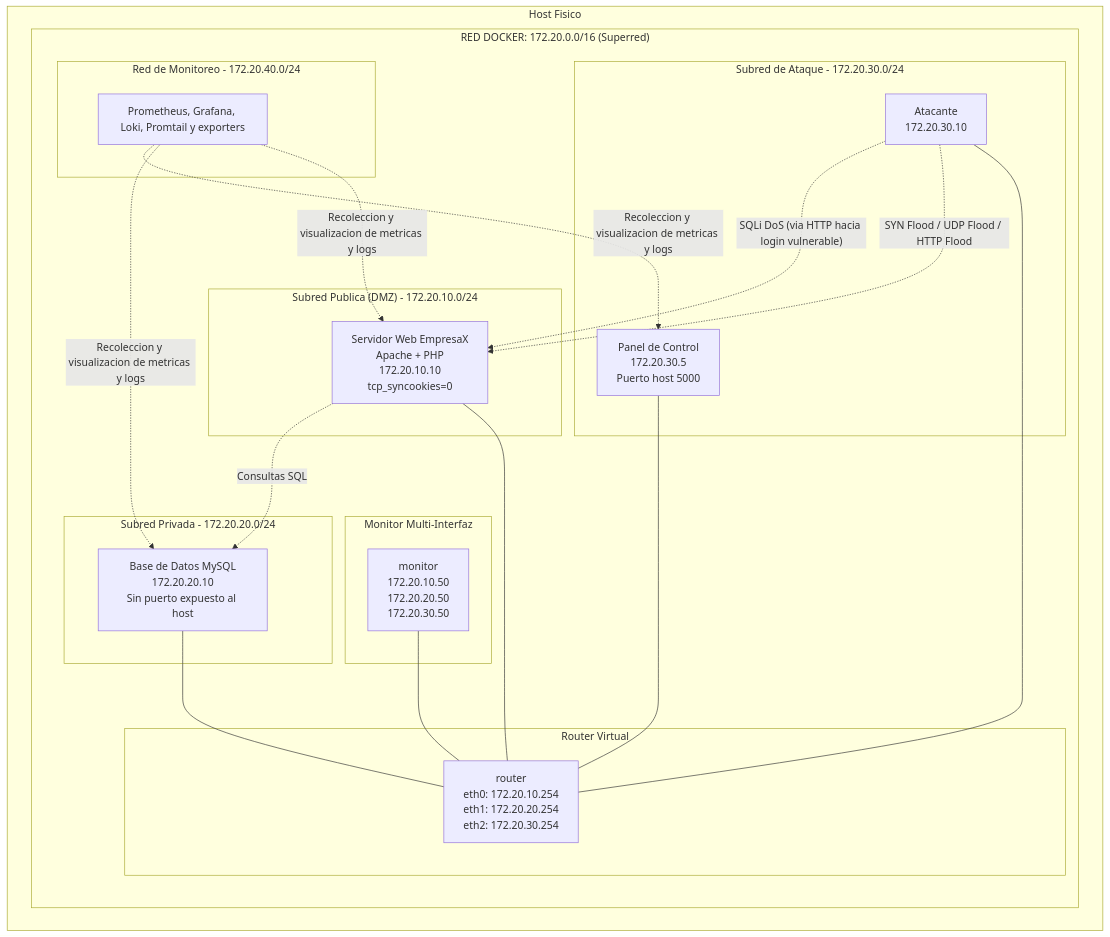
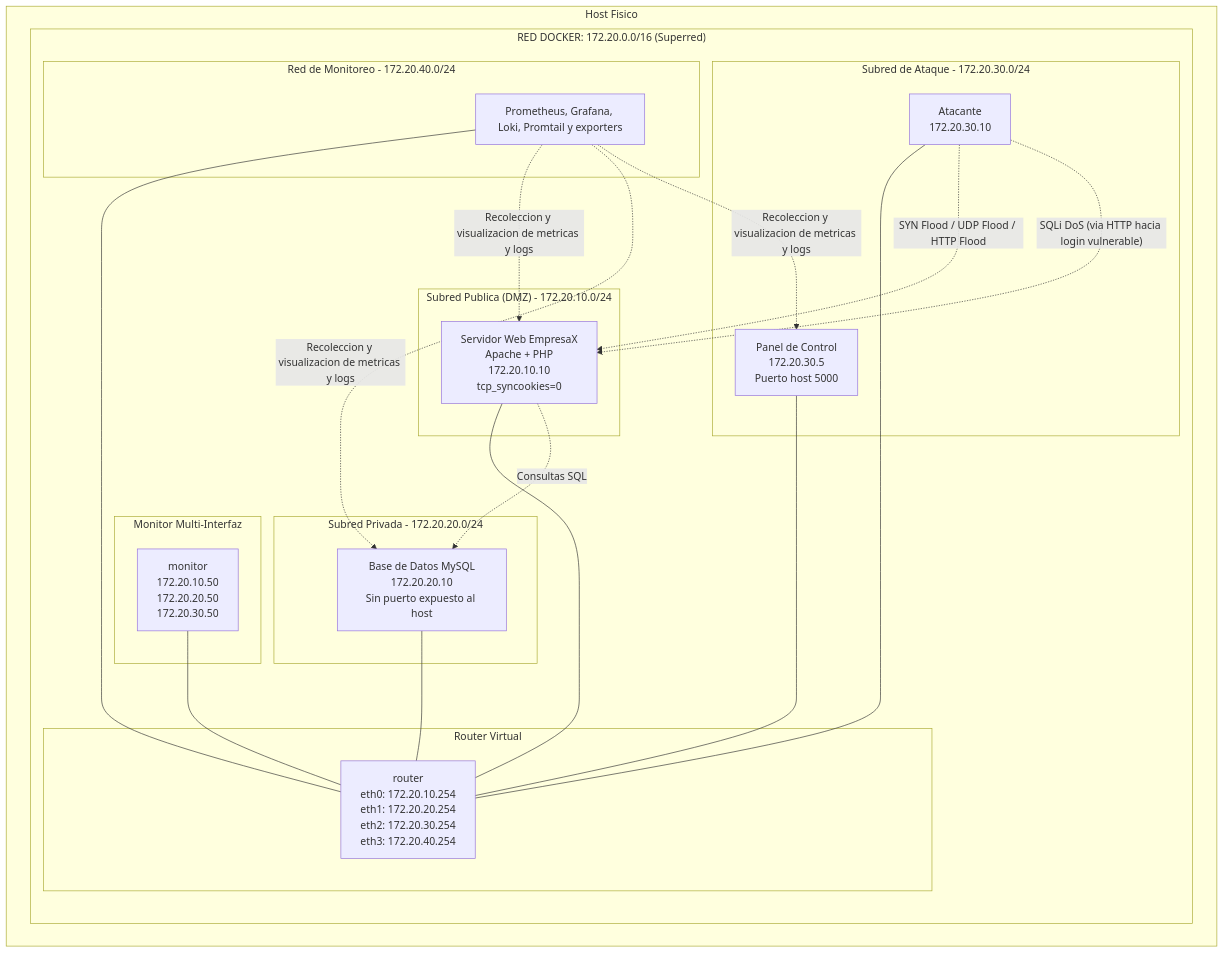
Before and after one commit to Santiago79/proyecto-redes-usfq: the diagram in README.md, drawn with Mermaid. The commit also changed other lines of this file and 14 other files, not shown here.

````diff
--- a/README.md
+++ b/README.md
@@ -25,44 +25,45 @@
 ```mermaid
 graph TD
     subgraph "Host Fisico"
         subgraph "RED DOCKER: 172.20.0.0/16 (Superred)"
             subgraph "Subred Publica (DMZ) - 172.20.10.0/24"
                 WEB["Servidor Web EmpresaX<br/>Apache + PHP<br/>172.20.10.10<br/>tcp_syncookies=0"]
             end
 
             subgraph "Subred Privada - 172.20.20.0/24"
                 DB["Base de Datos MySQL<br/>172.20.20.10<br/>Sin puerto expuesto al host"]
             end
 
             subgraph "Subred de Ataque - 172.20.30.0/24"
                 ATTACKER["Atacante<br/>172.20.30.10"]
                 PANEL["Panel de Control<br/>172.20.30.5<br/>Puerto host 5000"]
             end
 
             subgraph "Router Virtual"
-                ROUTER["router<br/>eth0: 172.20.10.254<br/>eth1: 172.20.20.254<br/>eth2: 172.20.30.254"]
+                ROUTER["router<br/>eth0: 172.20.10.254<br/>eth1: 172.20.20.254<br/>eth2: 172.20.30.254<br/>eth3: 172.20.40.254"]
             end
 
             subgraph "Monitor Multi-Interfaz"
                 MONITOR["monitor<br/>172.20.10.50<br/>172.20.20.50<br/>172.20.30.50"]
             end
 
             subgraph "Red de Monitoreo - 172.20.40.0/24"
                 OBS["Prometheus, Grafana, Loki, Promtail y exporters"]
             end
         end
     end
 
     WEB --- ROUTER
     DB --- ROUTER
     ATTACKER --- ROUTER
     PANEL --- ROUTER
     MONITOR --- ROUTER
+    OBS --- ROUTER
 
     ATTACKER -.->|"SYN Flood / UDP Flood / HTTP Flood"| WEB
     ATTACKER -.->|"SQLi DoS (via HTTP hacia login vulnerable)"| WEB
     WEB -.->|"Consultas SQL"| DB
     OBS -.->|"Recoleccion y visualizacion de metricas y logs"| WEB
     OBS -.->|"Recoleccion y visualizacion de metricas y logs"| DB
     OBS -.->|"Recoleccion y visualizacion de metricas y logs"| PANEL
 ```
````
